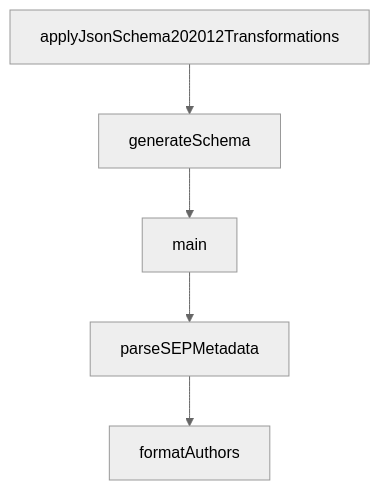
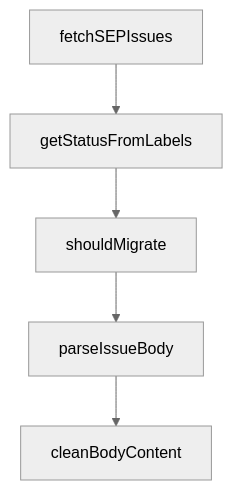
The diagram in tutorials/mcp-specification-tutorial/01-getting-started-and-version-navigation.md (johnxie/awesome-code-docs), drawn with Mermaid (neutral theme) before and after one commit. The commit also changed other lines of this file and 1232 other files, not shown here.

````diff
--- a/tutorials/mcp-specification-tutorial/01-getting-started-and-version-navigation.md
+++ b/tutorials/mcp-specification-tutorial/01-getting-started-and-version-navigation.md
@@ -221,12 +219,12 @@
 ```mermaid
 flowchart TD
-    A[applyJsonSchema202012Transformations]
-    B[generateSchema]
-    C[main]
-    D[parseSEPMetadata]
-    E[formatAuthors]
+    A[fetchSEPIssues]
+    B[getStatusFromLabels]
+    C[shouldMigrate]
+    D[parseIssueBody]
+    E[cleanBodyContent]
     A --> B
     B --> C
     C --> D
     D --> E
 ```
````
